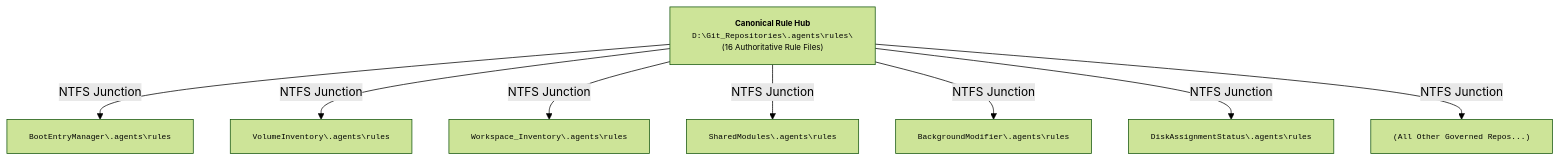
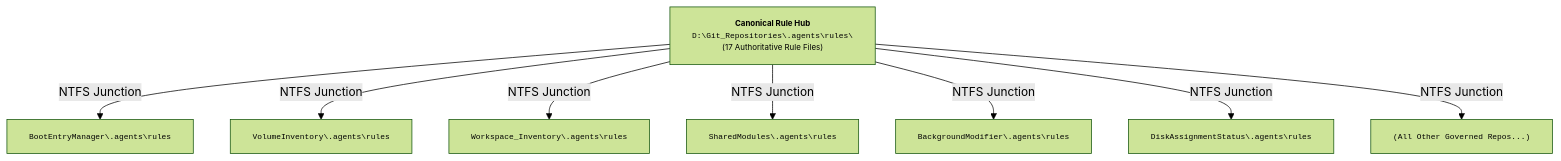
Before and after one commit to rgbigel/Workspace_AI: the first of 2 diagrams in docs/LCM-Rules-Cross-Reference.md, drawn with Mermaid (forest theme). The commit also changed other lines of this file and 1 other file, not shown here.

Commit message:
docs(governance): update LCM rules cross-reference matrix with DisplayStandardsPolicy [v7.5.2]

````diff
--- a/docs/LCM-Rules-Cross-Reference.md
+++ b/docs/LCM-Rules-Cross-Reference.md
@@ -15,14 +15,14 @@
 ```mermaid
 graph TD
     classDef default font-size:8pt;
-    Hub["<b>Canonical Rule Hub</b><br/><code>D:\Git_Repositories\.agents\rules\</code><br/>(16 Authoritative Rule Files)"]
+    Hub["<b>Canonical Rule Hub</b><br/><code>D:\Git_Repositories\.agents\rules\</code><br/>(17 Authoritative Rule Files)"]
     
     Hub -->|NTFS Junction| J1["<code>BootEntryManager\.agents\rules</code>"]
     Hub -->|NTFS Junction| J2["<code>VolumeInventory\.agents\rules</code>"]
     Hub -->|NTFS Junction| J3["<code>Workspace_Inventory\.agents\rules</code>"]
     Hub -->|NTFS Junction| J4["<code>SharedModules\.agents\rules</code>"]
     Hub -->|NTFS Junction| J5["<code>BackgroundModifier\.agents\rules</code>"]
     Hub -->|NTFS Junction| J6["<code>DiskAssignmentStatus\.agents\rules</code>"]
     Hub -->|NTFS Junction| J7["<code>(All Other Governed Repos...)</code>"]
 
 ```
````
